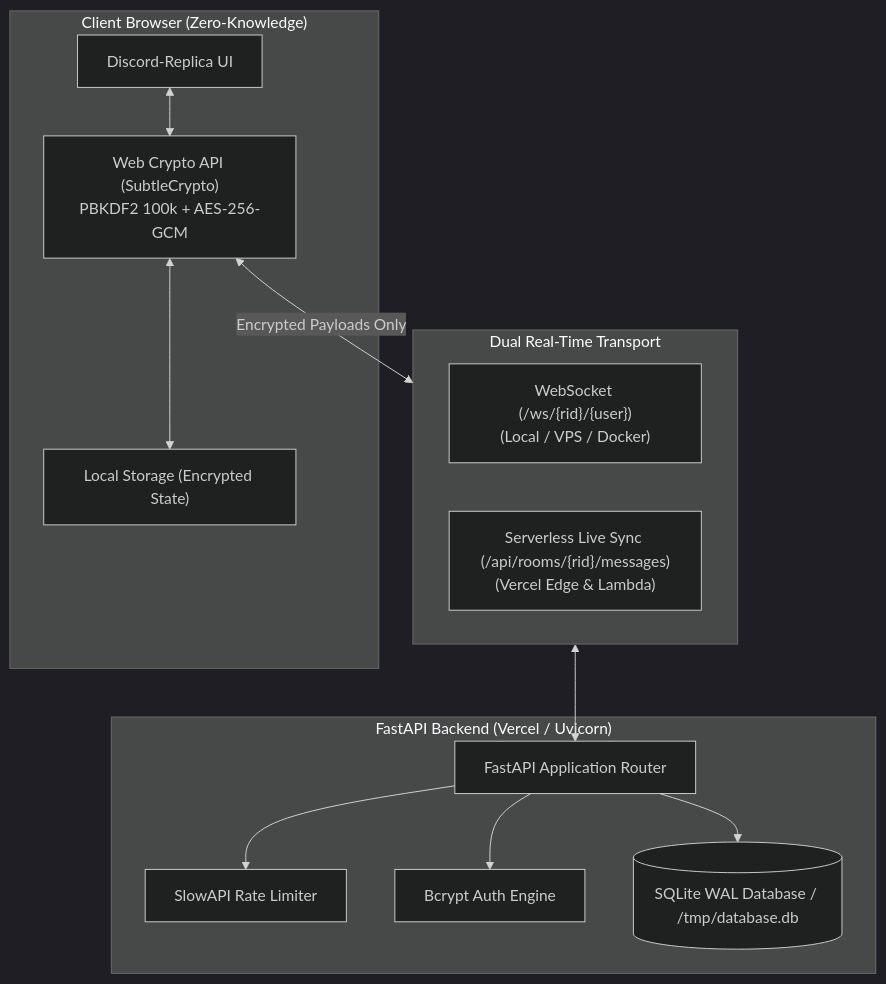
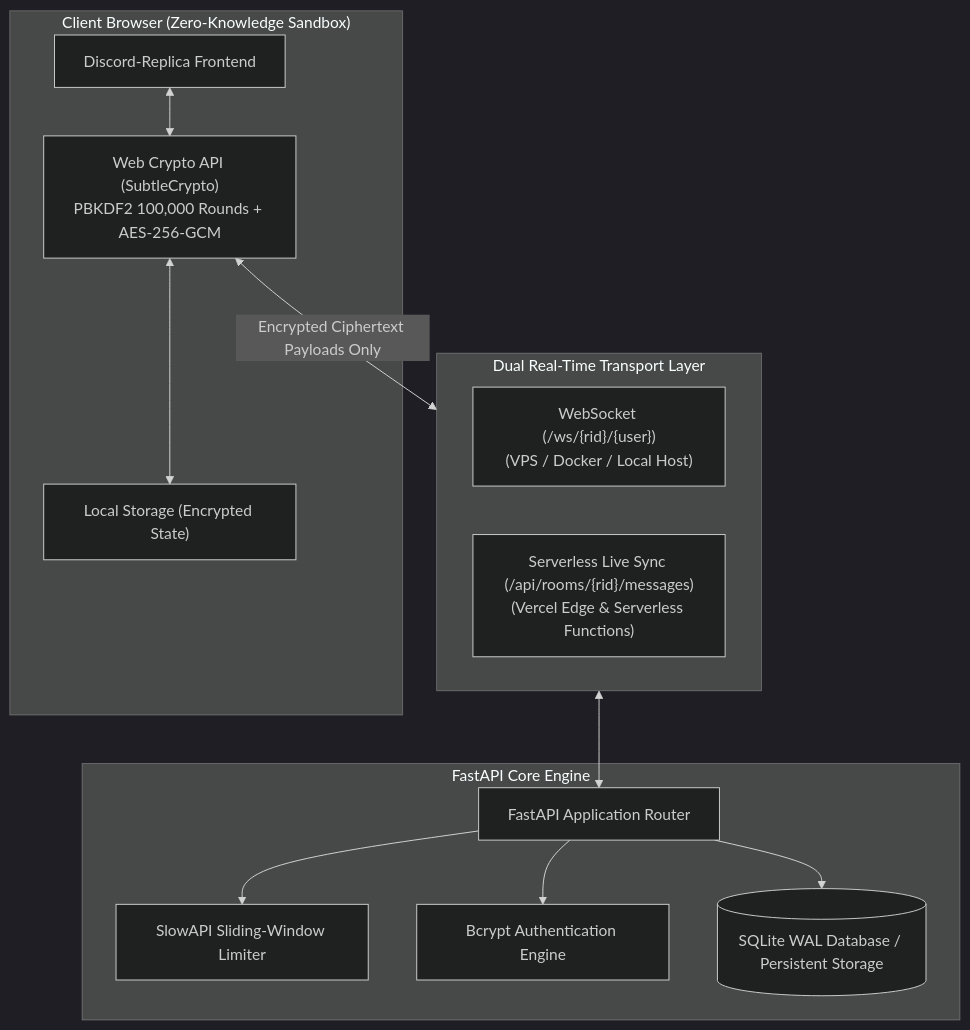
One commit to Coderaryanyadav/SecureChat changed the diagram in README.md. Above: the diagram before and after it, drawn with Mermaid (dark theme). The commit also changed other lines of this file and 3 other files, not shown here.

Commit message:
docs: modernize README with live UI screenshots, architecture preview, and polished documentation

````diff
--- a/README.md
+++ b/README.md
@@ -34,28 +66,28 @@
 ```mermaid
 flowchart TD
-    subgraph Client ["Client Browser (Zero-Knowledge)"]
-        UI[Discord-Replica UI]
-        Crypto["Web Crypto API (SubtleCrypto)<br/>PBKDF2 100k + AES-256-GCM"]
+    subgraph Client ["Client Browser (Zero-Knowledge Sandbox)"]
+        UI["Discord-Replica Frontend"]
+        Crypto["Web Crypto API (SubtleCrypto)<br/>PBKDF2 100,000 Rounds + AES-256-GCM"]
         Storage["Local Storage (Encrypted State)"]
         UI <--> Crypto
         Crypto <--> Storage
     end
 
-    subgraph Transport ["Dual Real-Time Transport"]
-        WS["WebSocket (/ws/{rid}/{user})<br/>(Local / VPS / Docker)"]
-        HTTP["Serverless Live Sync (/api/rooms/{rid}/messages)<br/>(Vercel Edge & Lambda)"]
+    subgraph Transport ["Dual Real-Time Transport Layer"]
+        WS["WebSocket (/ws/{rid}/{user})<br/>(VPS / Docker / Local Host)"]
+        HTTP["Serverless Live Sync (/api/rooms/{rid}/messages)<br/>(Vercel Edge & Serverless Functions)"]
     end
 
-    subgraph Backend ["FastAPI Backend (Vercel / Uvicorn)"]
-        Router[FastAPI Application Router]
-        Limiter["SlowAPI Rate Limiter"]
-        AuthModule[Bcrypt Auth Engine]
-        DB[(SQLite WAL Database / /tmp/database.db)]
+    subgraph Backend ["FastAPI Core Engine"]
+        Router["FastAPI Application Router"]
+        Limiter["SlowAPI Sliding-Window Limiter"]
+        AuthModule["Bcrypt Authentication Engine"]
+        DB[("SQLite WAL Database / Persistent Storage")]
     end
 
-    Crypto <-->|Encrypted Payloads Only| Transport
+    Crypto <-->|"Encrypted Ciphertext Payloads Only"| Transport
     Transport <--> Router
     Router --> Limiter
     Router --> AuthModule
     Router --> DB
 ```
````
